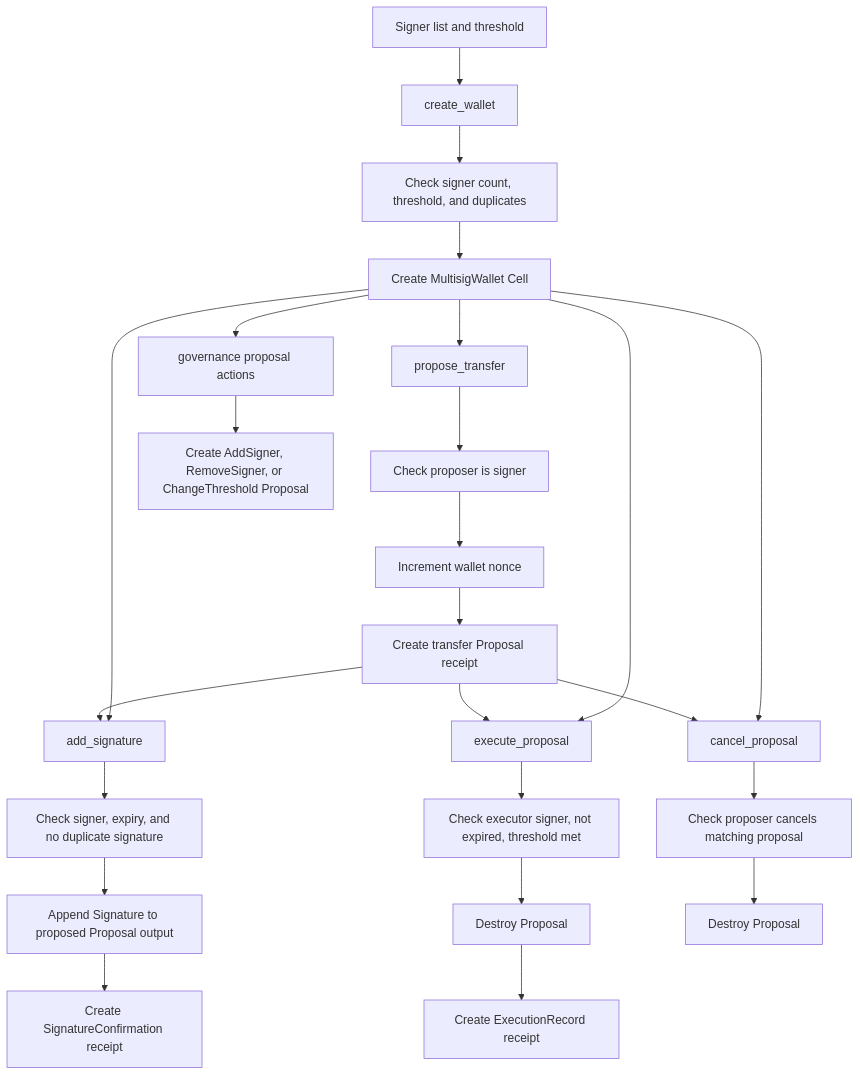
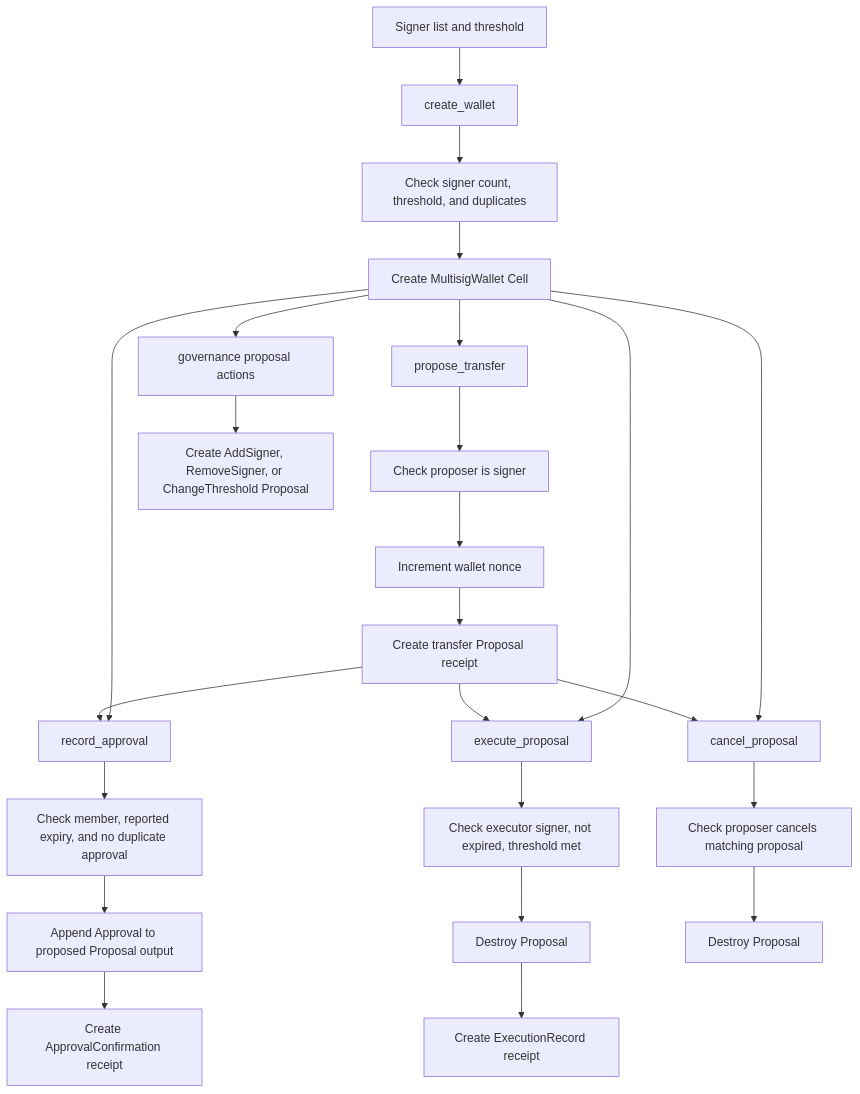
The fourth of 12 diagrams in docs/CELLSCRIPT_EXAMPLE_BUSINESS_FLOWS.md (CellScript-Labs/CellScript), drawn with Mermaid before and after one commit. The commit also changed other lines of this file and 61 other files, not shown here.

````diff
--- a/docs/CELLSCRIPT_EXAMPLE_BUSINESS_FLOWS.md
+++ b/docs/CELLSCRIPT_EXAMPLE_BUSINESS_FLOWS.md
@@ -165,31 +168,31 @@
 ```mermaid
 flowchart TD
     A["Signer list and threshold"] --> B["create_wallet"]
     B --> C["Check signer count, threshold, and duplicates"]
     C --> D["Create MultisigWallet Cell"]
 
     D --> E["propose_transfer"]
     E --> F["Check proposer is signer"]
     F --> G["Increment wallet nonce"]
     G --> H["Create transfer Proposal receipt"]
 
-    H --> I["add_signature"]
+    H --> I["record_approval"]
     D --> I
-    I --> J["Check signer, expiry, and no duplicate signature"]
-    J --> K["Append Signature to proposed Proposal output"]
-    K --> L["Create SignatureConfirmation receipt"]
+    I --> J["Check member, reported expiry, and no duplicate approval"]
+    J --> K["Append Approval to proposed Proposal output"]
+    K --> L["Create ApprovalConfirmation receipt"]
 
     H --> M["execute_proposal"]
     D --> M
     M --> N["Check executor signer, not expired, threshold met"]
     N --> O["Destroy Proposal"]
     O --> P["Create ExecutionRecord receipt"]
 
     H --> Q["cancel_proposal"]
     D --> Q
     Q --> R["Check proposer cancels matching proposal"]
     R --> S["Destroy Proposal"]
 
     D --> T["governance proposal actions"]
     T --> U["Create AddSigner, RemoveSigner, or ChangeThreshold Proposal"]
 ```
````
